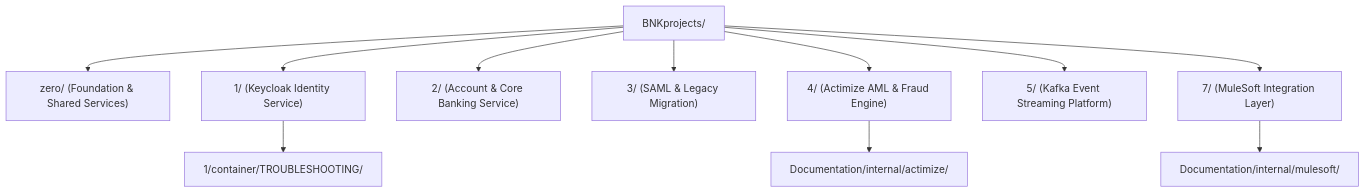
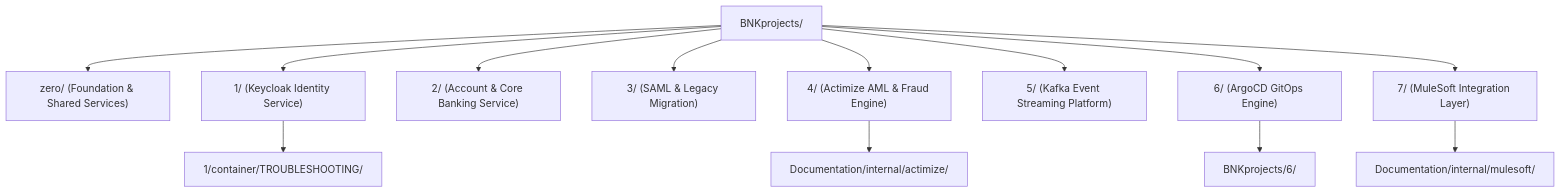
The diagram in BNKprojects/README.md (VladxDevops/MockBank), drawn with Mermaid before and after one commit. The commit also changed other lines of this file and 17 other files, not shown here.

````diff
--- a/BNKprojects/README.md
+++ b/BNKprojects/README.md
@@ -31,14 +34,16 @@
 ```mermaid
 graph TD
     ProjectsRoot["BNKprojects/"] --> P0["zero/ (Foundation & Shared Services)"]
     ProjectsRoot --> P1["1/ (Keycloak Identity Service)"]
     ProjectsRoot --> P2["2/ (Account & Core Banking Service)"]
     ProjectsRoot --> P3["3/ (SAML & Legacy Migration)"]
     ProjectsRoot --> P4["4/ (Actimize AML & Fraud Engine)"]
     ProjectsRoot --> P5["5/ (Kafka Event Streaming Platform)"]
+    ProjectsRoot --> P6["6/ (ArgoCD GitOps Engine)"]
     ProjectsRoot --> P7["7/ (MuleSoft Integration Layer)"]
 
     P1 --> KeycloakTS["1/container/TROUBLESHOOTING/"]
     P4 --> ActimizeDoc["Documentation/internal/actimize/"]
+    P6 --> ArgoCDDoc["BNKprojects/6/"]
     P7 --> MuleSoftDoc["Documentation/internal/mulesoft/"]
 ```
````
